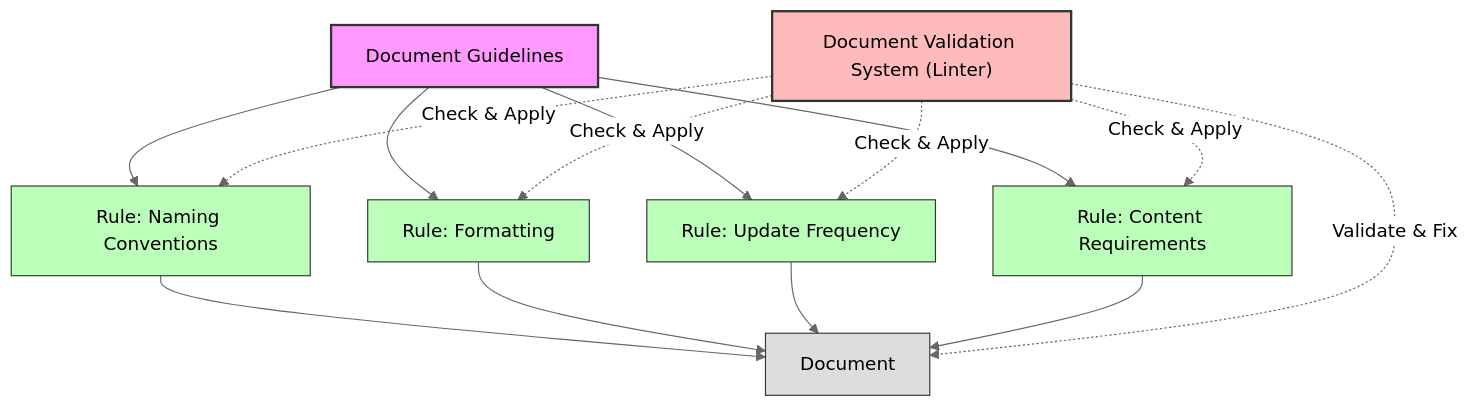
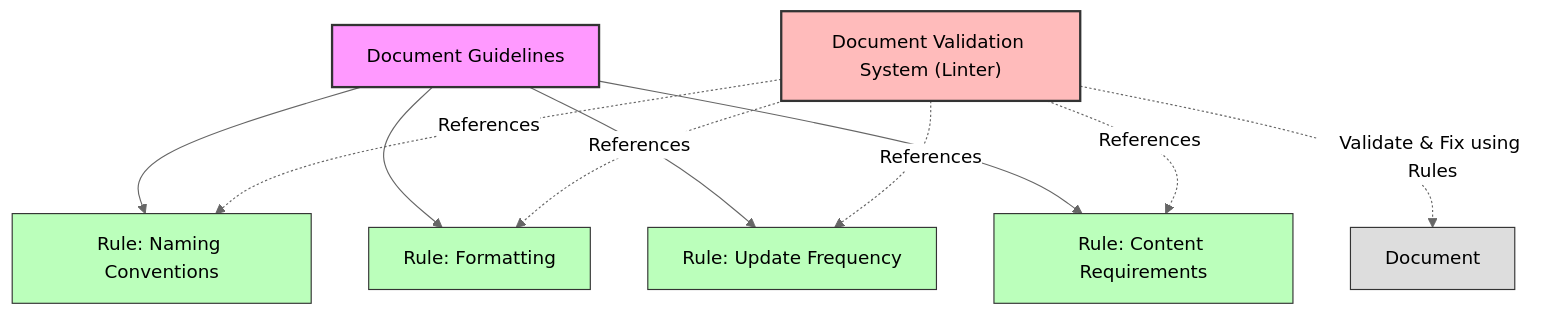
The first of 2 diagrams in README.md (ToyB0x/ai-coding-rules), drawn with Mermaid (neutral theme) before and after one commit. The commit also changed 1 other file, not shown here.

Commit message:
docs: update terminology in diagrams for document validation system

````diff
--- a/README.md
+++ b/README.md
@@ -7,27 +7,22 @@
 ```mermaid
 graph TD
   A["Document Guidelines"] --> C1["Rule: Naming Conventions"]
   A --> C2["Rule: Formatting"]
   A --> C3["Rule: Update Frequency"]
   A --> C4["Rule: Content Requirements"]
   
-  D["Document Validation System (Linter)"] -.-> |"Check & Apply"| C1
-  D -.-> |"Check & Apply"| C2
-  D -.-> |"Check & Apply"| C3
-  D -.-> |"Check & Apply"| C4
+  D["Document Validation System (Linter)"] -.-> |"References"| C1
+  D -.-> |"References"| C2
+  D -.-> |"References"| C3
+  D -.-> |"References"| C4
   
-  C1 --> E1["Document"]
-  C2 --> E1
-  C3 --> E1
-  C4 --> E1
-  
-  D -.-> |"Validate & Fix"| E1
+  D -.-> |"Validate & Fix using Rules"| E1["Document"]
   
   style A fill:#f9f,stroke:#333,stroke-width:2px
   style C1 fill:#bfb,stroke:#333,stroke-width:1px
   style C2 fill:#bfb,stroke:#333,stroke-width:1px
   style C3 fill:#bfb,stroke:#333,stroke-width:1px
   style C4 fill:#bfb,stroke:#333,stroke-width:1px
   style D fill:#fbb,stroke:#333,stroke-width:2px
   style E1 fill:#ddd,stroke:#333,stroke-width:1px
 ```
````
